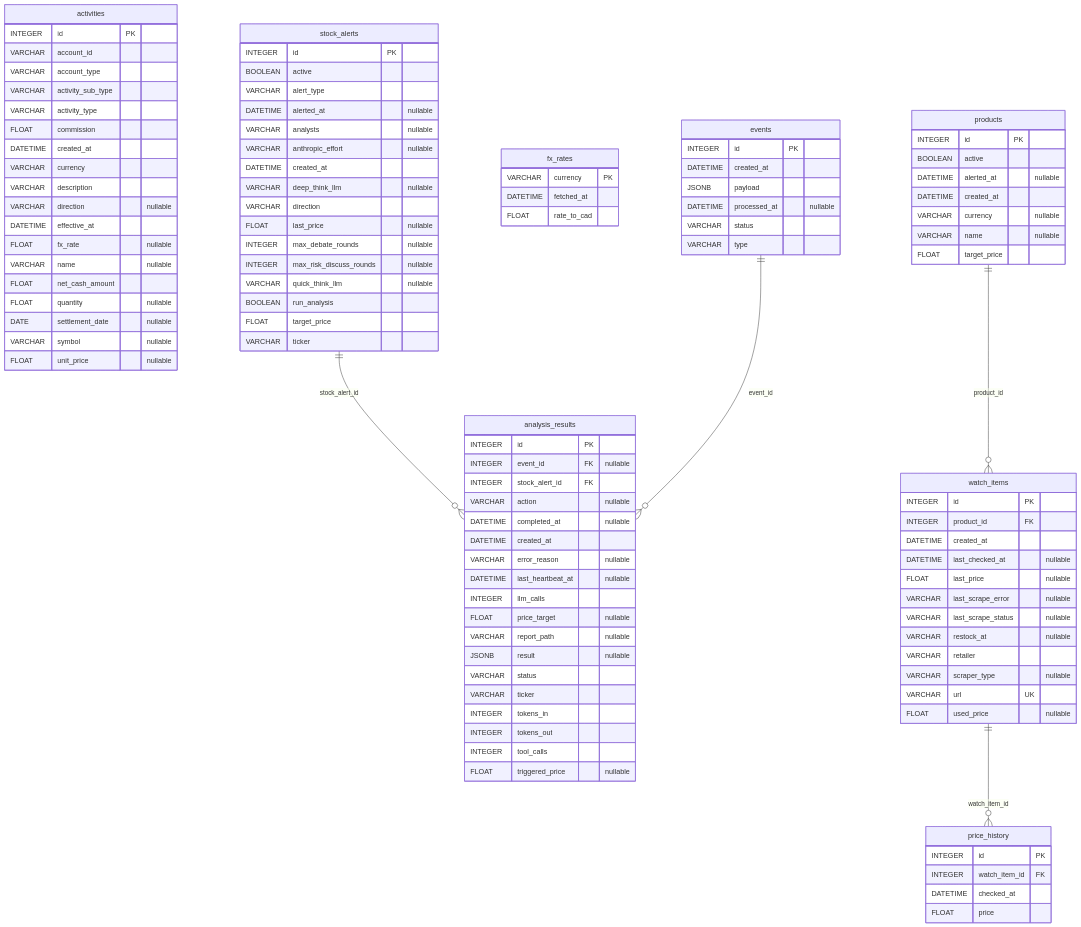
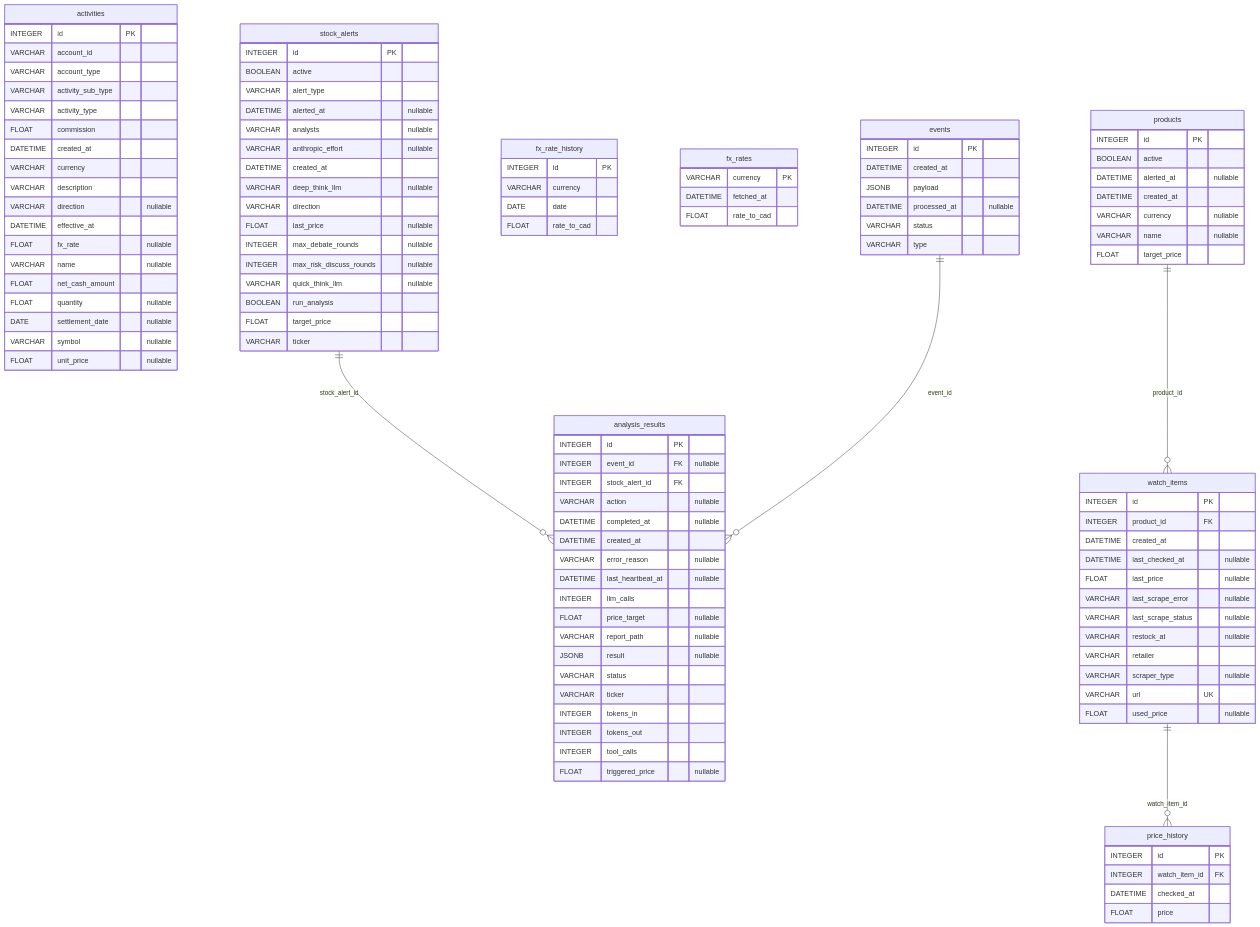
Before and after one commit to kiyoundev/youn-server: the diagram in .doc/database.md, drawn with Mermaid. The commit also changed 11 other files, not shown here.

First line of the commit message:
Add: USD-CAD rate history (#74)

```diff
--- a/.doc/database.md
+++ b/.doc/database.md
@@ -56,6 +56,13 @@
     DATETIME processed_at "nullable"
     VARCHAR status
     VARCHAR type
+  }
+
+  fx_rate_history {
+    INTEGER id PK
+    VARCHAR currency
+    DATE date
+    FLOAT rate_to_cad
   }
 
   fx_rates {
```
